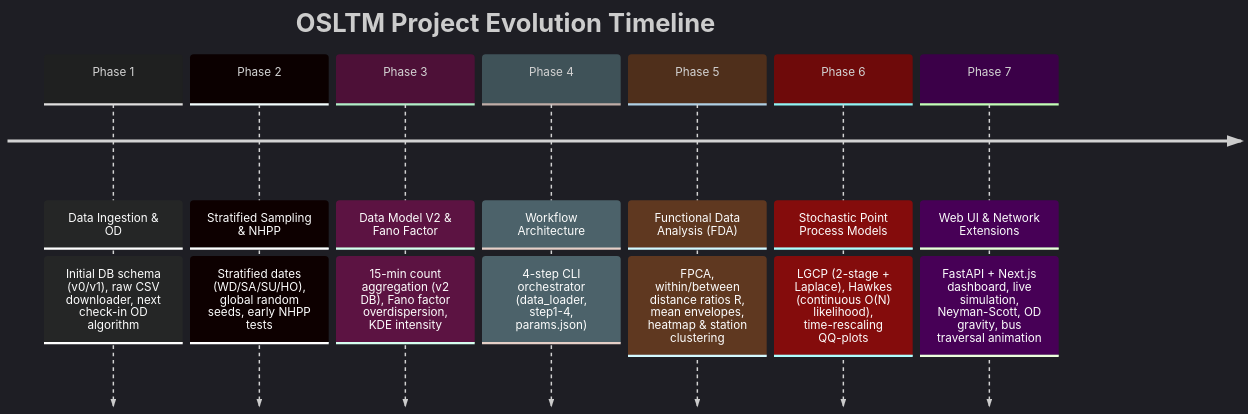
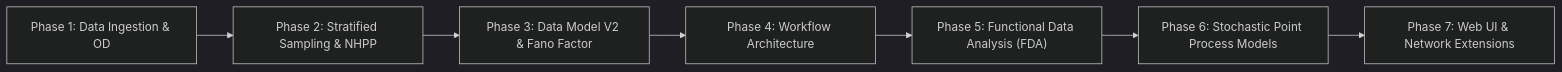
One commit to este6an13/osltm changed the diagram in docs/codebase_guide/00_MASTER_INDEX_AND_ROADMAP.md. Above: the diagram before and after it, drawn with Mermaid (dark theme). The commit also changed 3 other files, not shown here.

Commit message:
fix mermaid diagrams

````diff
--- a/docs/codebase_guide/00_MASTER_INDEX_AND_ROADMAP.md
+++ b/docs/codebase_guide/00_MASTER_INDEX_AND_ROADMAP.md
@@ -31,11 +31,9 @@
 ```mermaid
-timeline
-    title OSLTM Project Evolution Timeline
-    Phase 1 : Data Ingestion & OD : Initial DB schema (v0/v1), raw CSV downloader, next check-in OD algorithm
-    Phase 2 : Stratified Sampling & NHPP : Stratified dates (WD/SA/SU/HO), global random seeds, early NHPP tests
-    Phase 3 : Data Model V2 & Fano Factor : 15-min count aggregation (v2 DB), Fano factor overdispersion, KDE intensity
-    Phase 4 : Workflow Architecture : 4-step CLI orchestrator (data_loader, step1-4, params.json)
-    Phase 5 : Functional Data Analysis (FDA) : FPCA, within/between distance ratios R, mean envelopes, heatmap & station clustering
-    Phase 6 : Stochastic Point Process Models : LGCP (2-stage + Laplace), Hawkes (continuous O(N) likelihood), time-rescaling QQ-plots
-    Phase 7 : Web UI & Network Extensions : FastAPI + Next.js dashboard, live simulation, Neyman-Scott, OD gravity, bus traversal animation
+flowchart LR
+    P1["Phase 1: Data Ingestion & OD"] --> P2["Phase 2: Stratified Sampling & NHPP"]
+    P2 --> P3["Phase 3: Data Model V2 & Fano Factor"]
+    P3 --> P4["Phase 4: Workflow Architecture"]
+    P4 --> P5["Phase 5: Functional Data Analysis (FDA)"]
+    P5 --> P6["Phase 6: Stochastic Point Process Models"]
+    P6 --> P7["Phase 7: Web UI & Network Extensions"]
 ```
````
